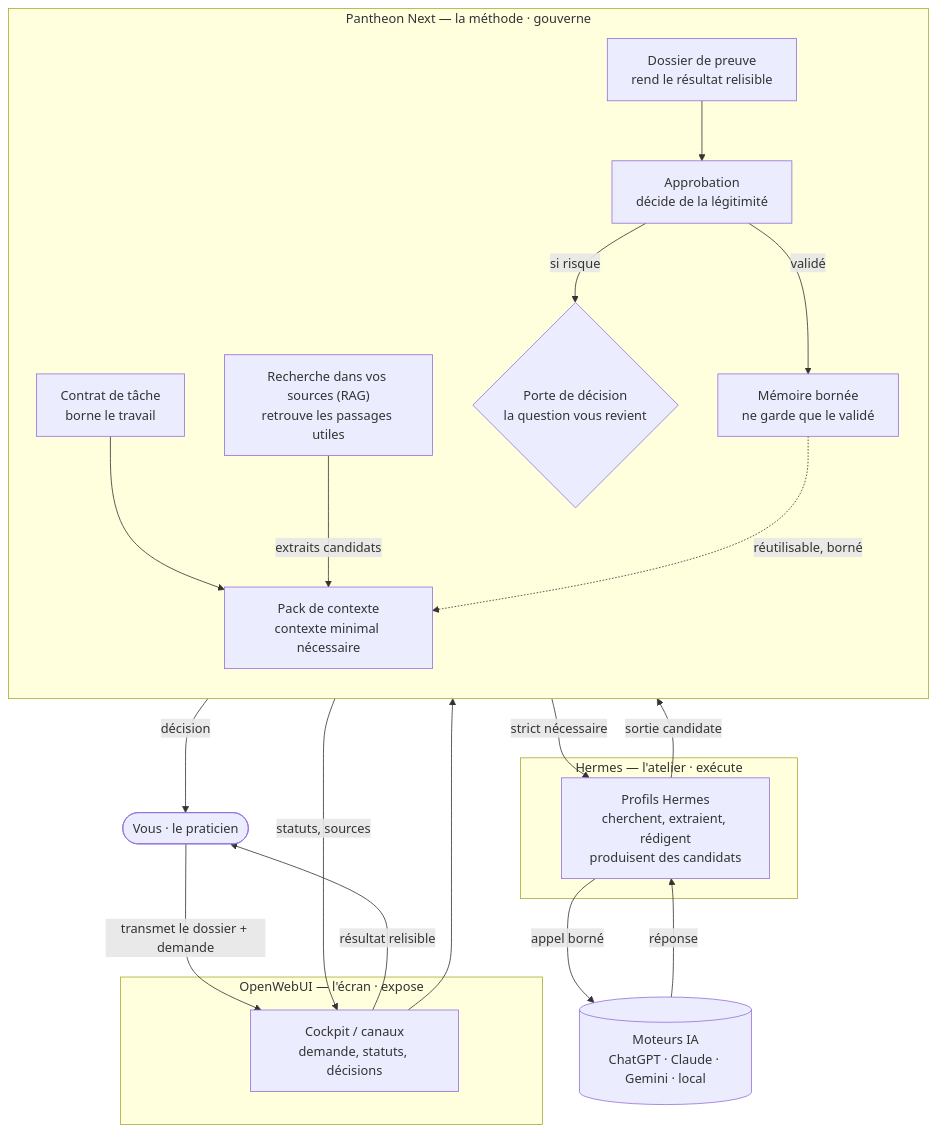
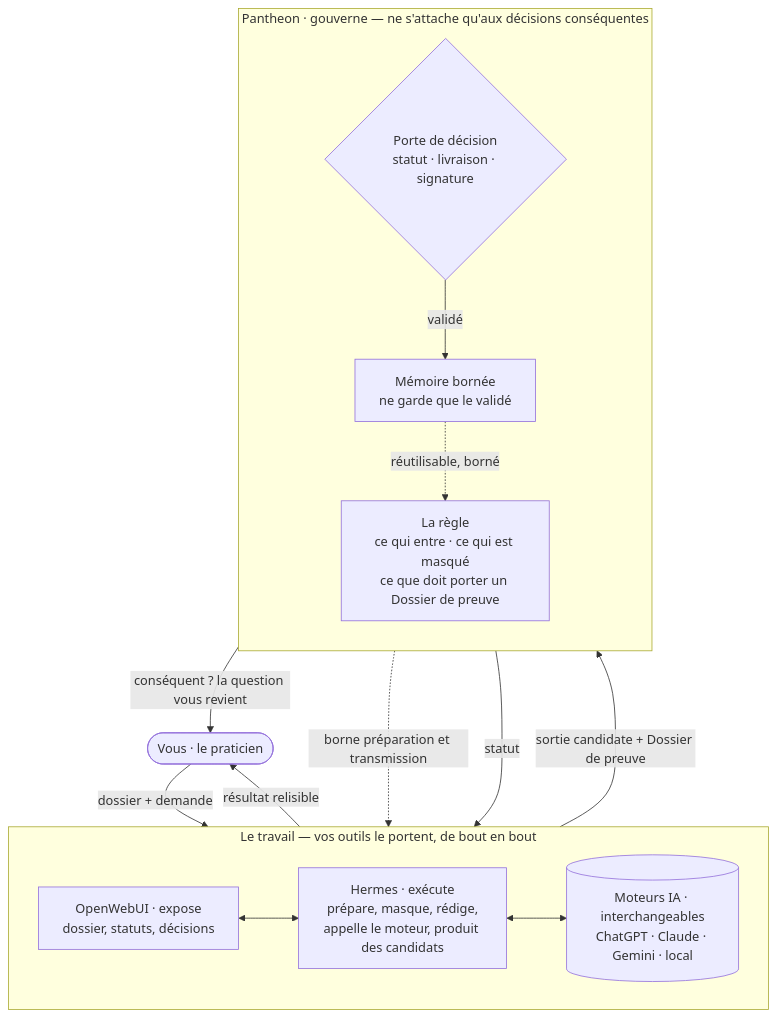
The diagram in README.fr.md (ifanjuang/Pantheon-Next), drawn with Mermaid before and after one commit. The commit also changed other lines of this file and 3 other files, not shown here.

````diff
--- a/README.fr.md
+++ b/README.fr.md
@@ -193,41 +194,29 @@
 ```mermaid
 flowchart TB
     U([Vous · le praticien])
 
-    subgraph EXPO["OpenWebUI — l'écran · expose"]
-        OW["Cockpit / canaux<br/>demande, statuts, décisions"]
+    subgraph WORK["Le travail — vos outils le portent, de bout en bout"]
+      direction LR
+      OW["OpenWebUI · expose<br/>dossier, statuts, décisions"]
+      HX["Hermes · exécute<br/>prépare, masque, rédige,<br/>appelle le moteur, produit des candidats"]
+      ENG[("Moteurs IA · interchangeables<br/>ChatGPT · Claude · Gemini · local")]
+      OW <--> HX
+      HX <--> ENG
     end
 
-    subgraph GOV["Pantheon Next — la méthode · gouverne"]
-        direction TB
-        TC["Contrat de tâche<br/>borne le travail"]
-        CP["Pack de contexte<br/>contexte minimal nécessaire"]
-        RK["Recherche dans vos sources (RAG)<br/>retrouve les passages utiles"]
-        EP["Dossier de preuve<br/>rend le résultat relisible"]
-        AP["Approbation<br/>décide de la légitimité"]
-        MEM["Mémoire bornée<br/>ne garde que le validé"]
-        UDG{"Porte de décision<br/>la question vous revient"}
+    subgraph PAN["Pantheon · gouverne — ne s'attache qu'aux décisions conséquentes"]
+      direction TB
+      RULE["La règle<br/>ce qui entre · ce qui est masqué<br/>ce que doit porter un Dossier de preuve"]
+      GATE{"Porte de décision<br/>statut · livraison · signature"}
+      MEM["Mémoire bornée<br/>ne garde que le validé"]
     end
 
-    subgraph EXEC["Hermes — l'atelier · exécute"]
-        HX["Profils Hermes<br/>cherchent, extraient, rédigent<br/>produisent des candidats"]
-    end
-
-    ENG[("Moteurs IA<br/>ChatGPT · Claude · Gemini · local")]
-
-    U -->|transmet le dossier + demande| OW
-    OW --> TC
-    TC --> CP
-    RK -->|extraits candidats| CP
-    CP -->|strict nécessaire| HX
-    HX -->|appel borné| ENG
-    ENG -->|réponse| HX
-    HX -->|sortie candidate| EP
-    EP --> AP
-    AP -->|si risque| UDG
-    UDG -->|décision| U
-    AP -->|validé| MEM
-    MEM -.->|réutilisable, borné| CP
-    EP -->|statuts, sources| OW
+    U -->|dossier + demande| OW
+    RULE -.->|borne préparation et transmission| HX
+    HX -->|sortie candidate + Dossier de preuve| GATE
+    GATE -->|conséquent ? la question vous revient| U
+    GATE -->|validé| MEM
+    MEM -.->|réutilisable, borné| RULE
+    GATE -->|statut| OW
     OW -->|résultat relisible| U
 ```
````
